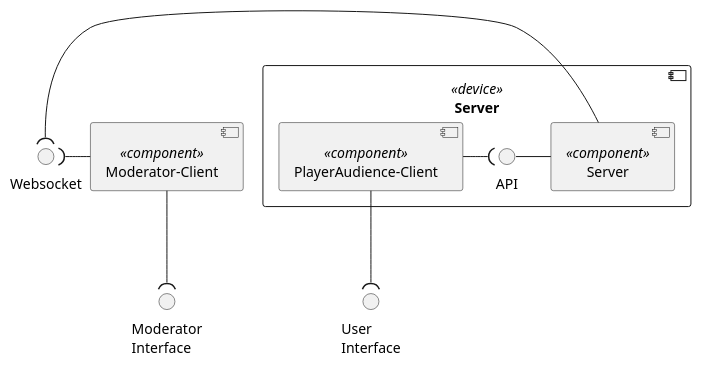
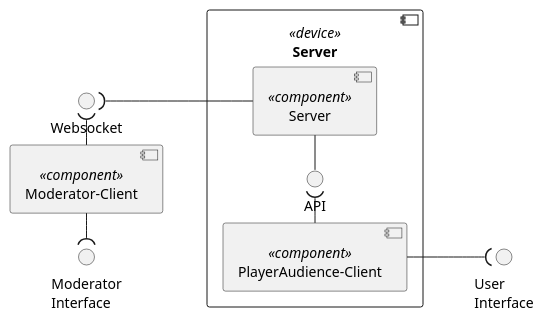
One commit to Brotenko/QualityQuest changed the diagram in Docs/Technical Specifications/docs/diagrams/ComponentDiagrams/overviewComponents.puml. Above: the diagram before and after it, drawn with PlantUML. The commit also changed 8 other files, not shown here.

Commit message:
updated diagram svgses

```diff
--- a/Docs/Technical Specifications/docs/diagrams/ComponentDiagrams/overviewComponents.puml
+++ b/Docs/Technical Specifications/docs/diagrams/ComponentDiagrams/overviewComponents.puml
@@ -1,22 +1,22 @@
 @startuml
-
+left to right direction
 () "Websocket" as ws
 () "User\nInterface" as ui
 () "Moderator\nInterface" as mi
 
 
 component "Server" <<device>> as s{
     () "API" as api
     [PlayerAudience-Client] <<component>> as AuCl
     [Server] <<component>> as SeCl
 }
 [Moderator-Client] <<component>> as StPlCl
 
+ws )- StPlCl
+ws )-down- SeCl
+mi )-left- StPlCl
 ui )-up- AuCl
 api - SeCl
 AuCl -( api
-ws )- StPlCl
-SeCl -right-( ws
-mi )-up- StPlCl
 
 @enduml
```
